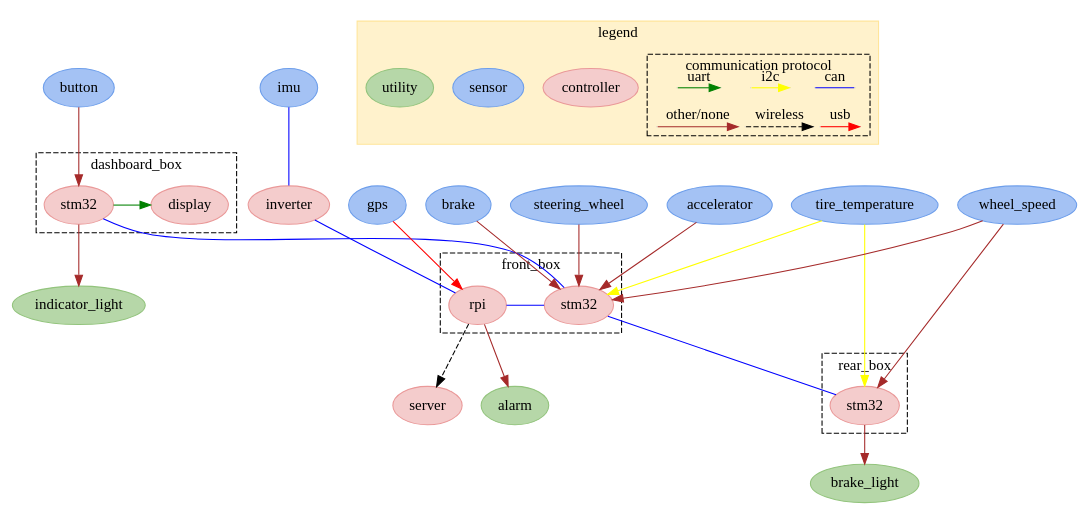
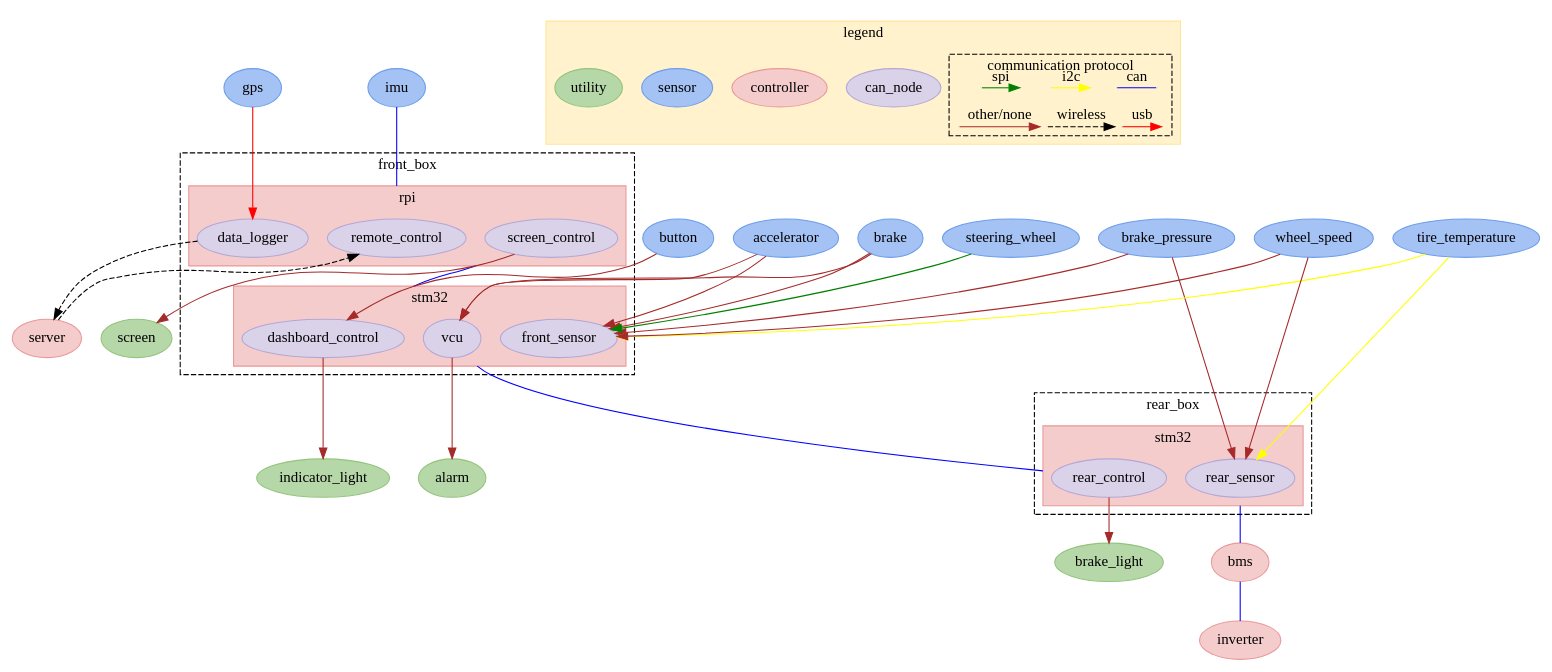
The diagram in nturt_ros/doc/electrical_system.dot (NTURacingTeam/nturt_ros), drawn with Graphviz before and after one commit. The commit also changed 6 other files, not shown here.

```diff
--- a/nturt_ros/doc/electrical_system.dot
+++ b/nturt_ros/doc/electrical_system.dot
@@ -1,131 +1,168 @@
 digraph electrical_system {
-    graph [fontname=Times]
-    node [shape=ellipse style=filled fontname=Times]
-    edge [fontname=Times]
+    layout=dot
+    compound=true
+    graph[fontname=Times]
+    node[shape=ellipse style=filled fontname=Times]
+    edge[fontname=Times]
     
     subgraph controller {
-        node [color="#ea9999" fillcolor="#f4cccc"]
+        node[color="#ea9999" fillcolor="#f4cccc"]
         
-        subgraph cluster_dashboard_box {
-            style=dashed
-            label=dashboard_box
-            {rank=same display stm32_dashboard}
-            display [label=display]
-            stm32_dashboard [label=stm32]
-        }
-
         subgraph cluster_front_box {
             style=dashed
             label=front_box
-            {rank=same rpi stm32_front}
-            rpi [label=rpi]
-            stm32_front [label=stm32]
+
+            subgraph cluster_front_box_stm32 {
+                style=filled
+                color="#ea9999"
+                fillcolor="#f4cccc"
+                label=stm32
+                
+                node[color="#b4a7d6" fillcolor="#d9d2e9"]
+                {rank=same dashboard_control front_sensor vcu}
+                dashboard_control[label=dashboard_control]
+                front_sensor[label=front_sensor]
+                vcu[label=vcu]
+            }
+
+            subgraph cluster_front_box_rpi {
+                style=filled
+                color="#ea9999"
+                fillcolor="#f4cccc"
+                label=rpi
+                
+                node[color="#b4a7d6" fillcolor="#d9d2e9"]
+                {rank=same data_logger remote_control}
+                data_logger[label=data_logger]
+                remote_control[label=remote_control]
+                screen_control[label=screen_control]
+            }
         }
 
         subgraph cluster_rear_box {
             style=dashed
             label=rear_box
-            stm32_rear [label=stm32]
+
+            subgraph cluster_rear_box_stm32 {
+                style=filled
+                color="#ea9999"
+                fillcolor="#f4cccc"
+                label=stm32
+
+                node[color="#b4a7d6" fillcolor="#d9d2e9"]
+                {rank=same rear_control rear_sensor}
+                rear_control[label=rear_control]
+                rear_sensor[label=rear_sensor]
+            }
         }
         
-        inverter [label=inverter]
-        server [label=server]
+        bms[label=bms]
+        inverter[label=inverter]
+        server[label=server]
     }
     
     subgraph sensor {
-        node [color="#6d9eeb" fillcolor="#a4c2f4"]
-        accelerator [label=accelerator]
-        brake [label=brake]
-        button [label=button]
-        gps [label=gps]
-        imu [label=imu]
-        steering_wheel [label=steering_wheel]
-        tire_temperature [label=tire_temperature]
-        wheel_speed [label=wheel_speed]
+        node[color="#6d9eeb" fillcolor="#a4c2f4"]
+        accelerator[label=accelerator]
+        brake[label=brake]
+        brake_pressure[label=brake_pressure]
+        button[label=button]
+        gps[label=gps]
+        imu[label=imu]
+        steering_wheel[label=steering_wheel]
+        tire_temperature[label=tire_temperature]
+        wheel_speed[label=wheel_speed]
     }
     
     subgraph utility {
-        node [color="#93c47d" fillcolor="#b6d7a8"]
-        alarm [label=alarm]
-        brake_light [label=brake_light]
-        indicator_light [label=indicator_light]
+        node[color="#93c47d" fillcolor="#b6d7a8"]
+        alarm[label=alarm]
+        brake_light[label=brake_light]
+        indicator_light[label=indicator_light]
+        screen[label=screen]
     }
     
     // communication
     // can
-    edge [arrowhead=none]
-    edge [color=blue]
-    imu->inverter
-    inverter->rpi
-    rpi->stm32_front
-    stm32_dashboard->stm32_front
-    stm32_front->stm32_rear
-    edge [arrowhead=normal]
+    edge[arrowhead=none]
+    edge[color=blue]
+    imu->remote_control[lhead=cluster_front_box_rpi]
+    screen_control->dashboard_control[lhead=cluster_front_box_stm32 ltail=cluster_front_box_rpi]
+    vcu->rear_control[lhead=cluster_rear_box_stm32 ltail=cluster_front_box_stm32]
+    rear_sensor->bms[ltail=cluster_rear_box_stm32]
+    bms->inverter
+    edge[arrowhead=normal]
     
     // i2c
-    edge [color=yellow]
-    tire_temperature->stm32_front
-    tire_temperature->stm32_rear
+    edge[color=yellow]
+    tire_temperature->front_sensor
+    tire_temperature->rear_sensor
     
-    // uart
-    edge [color=green]
-    stm32_dashboard->display
+    // spi
+    edge[color=green]
+    steering_wheel->front_sensor
     
     // usb
-    edge [color=red]
-    gps->rpi
+    edge[color=red]
+    gps->data_logger
     
     // wireless
-    edge [color=black]
-    edge [style=dashed]
-    rpi->server
-    edge [style=solid]
+    edge[color=black]
+    edge[style=dashed]
+    data_logger->server
+    server->remote_control
+    edge[style=solid]
     
     // other/none
-    edge [color=brown]
-    accelerator->stm32_front
-    brake->stm32_front
-    button->stm32_dashboard
-    rpi->alarm
-    stm32_rear->brake_light
-    stm32_dashboard->indicator_light
-    steering_wheel->stm32_front
-    wheel_speed->stm32_front
-    wheel_speed->stm32_rear
+    edge[color=brown]
+    accelerator->front_sensor
+    accelerator->vcu
+    brake->front_sensor
+    brake->vcu
+    brake_pressure->front_sensor
+    brake_pressure->rear_sensor
+    button->dashboard_control
+    dashboard_control->indicator_light
+    rear_control->brake_light
+    screen_control->screen
+    vcu->alarm
+    wheel_speed->front_sensor
+    wheel_speed->rear_sensor
     
     subgraph cluster_legend {
 		style=filled
 		color="#ffe599"
         fillcolor="#fff2cc"
 		label =legend
-        controller [color="#ea9999" fillcolor="#f4cccc" label=controller]
-        sensor [color="#6d9eeb" fillcolor="#a4c2f4" label=sensor]
-        utility [color="#93c47d" fillcolor="#b6d7a8" label=utility]
+        can_node[color="#b4a7d6" fillcolor="#d9d2e9" label=can_node]
+        controller[color="#ea9999" fillcolor="#f4cccc" label=controller]
+        sensor[color="#6d9eeb" fillcolor="#a4c2f4" label=sensor]
+        utility[color="#93c47d" fillcolor="#b6d7a8" label=utility]
         
         subgraph cluster_communication_protocol {
             color=black
             style=dashed
             label="communication protocol"
             {rank=same n0 n1 n2 n3 n4 n5}
             {rank=sink n6 n7 n8 n9 n10 n11}
-            n0 [label="" shape=none height=0 width=0]
-            n1 [label="" shape=none height=0 width=0]
-            n2 [label="" shape=none height=0 width=0]
-            n3 [label="" shape=none height=0 width=0]
-            n4 [label="" shape=none height=0 width=0]
-            n5 [label="" shape=none height=0 width=0]
-            n6 [label="" shape=none height=0 width=0]
-            n7 [label="" shape=none height=0 width=0]
-            n8 [label="" shape=none height=0 width=0]
-            n9 [label="" shape=none height=0 width=0]
-            n10 [label="" shape=none height=0 width=0]
-            n11 [label="" shape=none height=0 width=0]
-            n0->n1 [label=can arrowhead=none color=blue]
-            n2->n3 [label=i2c color=yellow]
-            n4->n5 [label=uart color=green]
-            n6->n7 [label=usb color=red]
-            n8->n9 [label=wireless style=dashed color=black]
-            n10->n11 [label="other/none" color=brown]
+            n0[label="" shape=none height=0 width=0]
+            n1[label="" shape=none height=0 width=0]
+            n2[label="" shape=none height=0 width=0]
+            n3[label="" shape=none height=0 width=0]
+            n4[label="" shape=none height=0 width=0]
+            n5[label="" shape=none height=0 width=0]
+            n6[label="" shape=none height=0 width=0]
+            n7[label="" shape=none height=0 width=0]
+            n8[label="" shape=none height=0 width=0]
+            n9[label="" shape=none height=0 width=0]
+            n10[label="" shape=none height=0 width=0]
+            n11[label="" shape=none height=0 width=0]
+            n0->n1[label=can arrowhead=none color=blue]
+            n2->n3[label=i2c color=yellow]
+            n4->n5[label=spi color=green]
+            n6->n7[label=usb color=red]
+            n8->n9[label=wireless style=dashed color=black]
+            n10->n11[label="other/none" color=brown]
         }
 	}
 }
```
